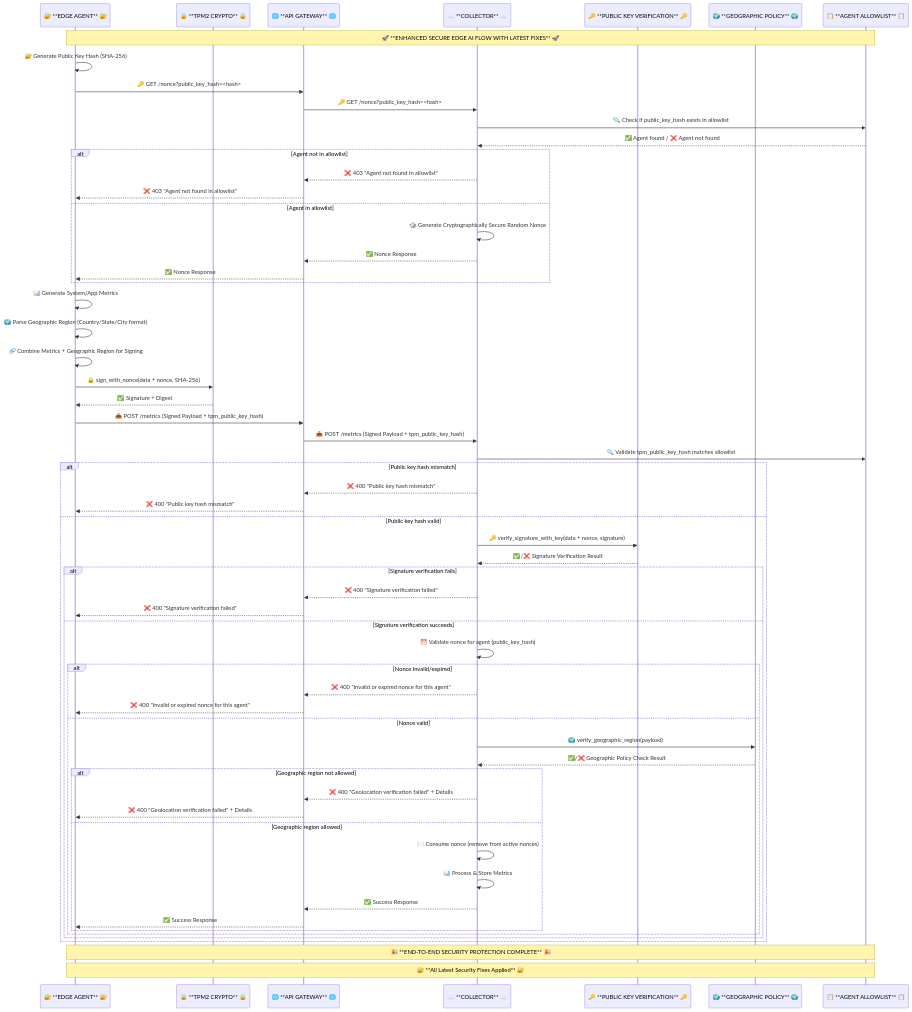
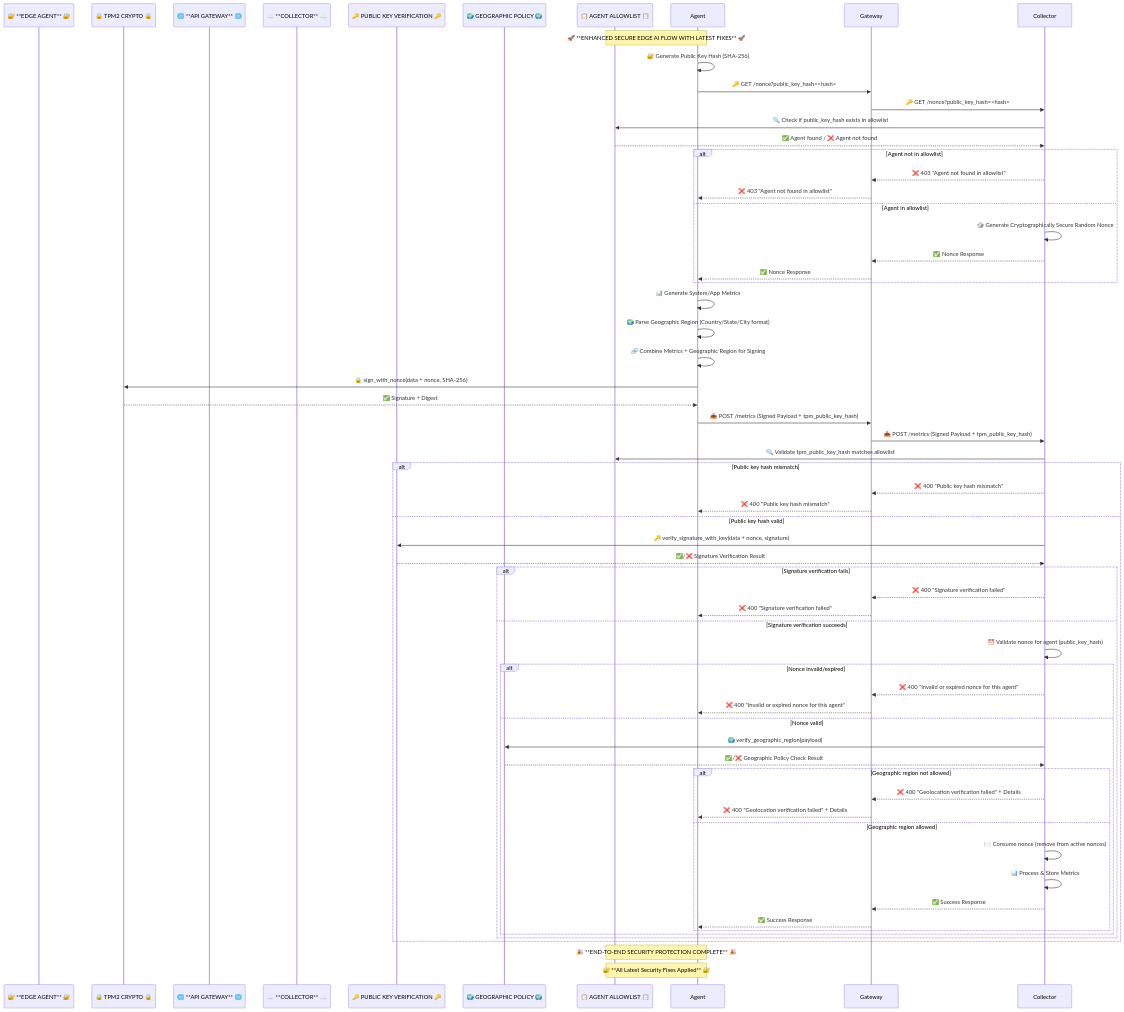
Before and after one commit to lfedgeai/AegisEdgeAI: the diagram in README.md, drawn with Mermaid. The commit also changed other lines of this file, not shown here.

````diff
--- a/README.md
+++ b/README.md
@@ -54,80 +52,80 @@
 ```mermaid
 sequenceDiagram
-    participant Agent as 🔐 **EDGE AGENT** 🔐
-    participant TPM2_A as 🔒 **TPM2 CRYPTO** 🔒
-    participant Gateway as 🌐 **API GATEWAY** 🌐
-    participant Collector as ☁️ **COLLECTOR** ☁️
-    participant PK_Utils as 🔑 **PUBLIC KEY VERIFICATION** 🔑
-    participant Policy as 🌍 **GEOGRAPHIC POLICY** 🌍
-    participant Allowlist as 📋 **AGENT ALLOWLIST** 📋
+    participant **Agent** as 🔐 **EDGE AGENT** 🔐
+    participant TPM2_A as 🔒 TPM2 CRYPTO 🔒
+    participant **Gateway** as 🌐 **API GATEWAY** 🌐
+    participant **Collector** as ☁️ **COLLECTOR** ☁️
+    participant PK_Utils as 🔑 PUBLIC KEY VERIFICATION 🔑
+    participant Policy as 🌍 GEOGRAPHIC POLICY 🌍
+    participant Allowlist as 📋 AGENT ALLOWLIST 📋
 
     Note over Agent,Allowlist: 🚀 **ENHANCED SECURE EDGE AI FLOW WITH LATEST FIXES** 🚀
 
     %% Step 1: Agent generates public key hash and requests nonce
     Agent->>Agent: 🔐 Generate Public Key Hash (SHA-256)
     Agent->>Gateway: 🔑 GET /nonce?public_key_hash=<hash>
     Gateway->>Collector: 🔑 GET /nonce?public_key_hash=<hash>
     
     %% Step 1.5: Collector validates agent in allowlist before nonce generation
     Collector->>Allowlist: 🔍 Check if public_key_hash exists in allowlist
     Allowlist-->>Collector: ✅ Agent found / ❌ Agent not found
     alt Agent not in allowlist
         Collector-->>Gateway: ❌ 403 "Agent not found in allowlist"
         Gateway-->>Agent: ❌ 403 "Agent not found in allowlist"
     else Agent in allowlist
         Collector->>Collector: 🎲 Generate Cryptographically Secure Random Nonce
         Collector-->>Gateway: ✅ Nonce Response
         Gateway-->>Agent: ✅ Nonce Response
     end
 
     %% Step 2: Agent generates metrics with dynamic geographic region
     Agent->>Agent: 📊 Generate System/App Metrics
     Agent->>Agent: 🌍 Parse Geographic Region (Country/State/City format)
     Agent->>Agent: 🔗 Combine Metrics + Geographic Region for Signing
 
     %% Step 3: Agent signs combined data with nonce using TPM2
     Agent->>TPM2_A: 🔒 sign_with_nonce(data + nonce, SHA-256)
     TPM2_A-->>Agent: ✅ Signature + Digest
 
     %% Step 4: Agent sends signed payload with public key hash
     Agent->>Gateway: 📤 POST /metrics (Signed Payload + tpm_public_key_hash)
     Gateway->>Collector: 📤 POST /metrics (Signed Payload + tpm_public_key_hash)
 
     %% Step 5: Collector validates public key hash and verifies signature
     Collector->>Allowlist: 🔍 Validate tpm_public_key_hash matches allowlist
     alt Public key hash mismatch
         Collector-->>Gateway: ❌ 400 "Public key hash mismatch"
         Gateway-->>Agent: ❌ 400 "Public key hash mismatch"
     else Public key hash valid
         Collector->>PK_Utils: 🔑 verify_signature_with_key(data + nonce, signature)
         PK_Utils-->>Collector: ✅/❌ Signature Verification Result
         alt Signature verification fails
             Collector-->>Gateway: ❌ 400 "Signature verification failed"
             Gateway-->>Agent: ❌ 400 "Signature verification failed"
         else Signature verification succeeds
             %% Step 6: Collector validates nonce for this specific agent
             Collector->>Collector: ⏰ Validate nonce for agent (public_key_hash)
             alt Nonce invalid/expired
                 Collector-->>Gateway: ❌ 400 "Invalid or expired nonce for this agent"
                 Gateway-->>Agent: ❌ 400 "Invalid or expired nonce for this agent"
             else Nonce valid
                 %% Step 7: Collector validates geographic region with detailed error messages
                 Collector->>Policy: 🌍 verify_geographic_region(payload)
                 Policy-->>Collector: ✅/❌ Geographic Policy Check Result
                 alt Geographic region not allowed
                     Collector-->>Gateway: ❌ 400 "Geolocation verification failed" + Details
                     Gateway-->>Agent: ❌ 400 "Geolocation verification failed" + Details
                 else Geographic region allowed
                     %% Step 8: Collector processes metrics and consumes nonce
                     Collector->>Collector: 🍽️ Consume nonce (remove from active nonces)
                     Collector->>Collector: 📊 Process & Store Metrics
                     Collector-->>Gateway: ✅ Success Response
                     Gateway-->>Agent: ✅ Success Response
                 end
             end
         end
     end
 
     Note over Agent,Allowlist: 🎉 **END-TO-END SECURITY PROTECTION COMPLETE** 🎉
     Note over Agent,Allowlist: 🔐 **All Latest Security Fixes Applied** 🔐
 ```
````
